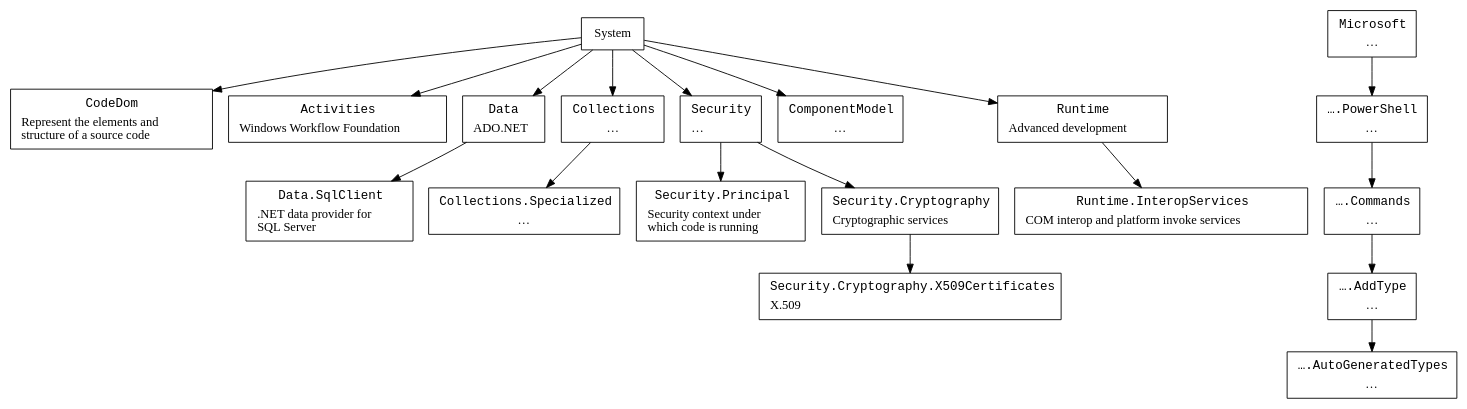
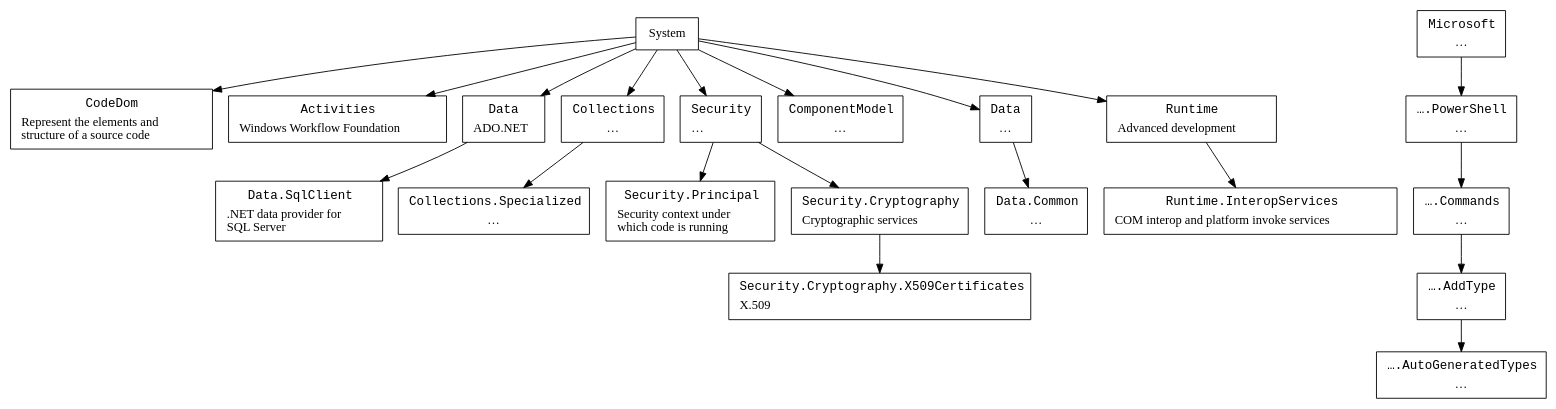
One commit to ReneNyffenegger/temp-dotNet changed the diagram in namespaces/namespace-hierarchy.dot. Above: the diagram before and after it, drawn with Graphviz. The commit also changed 6 other files, not shown here.

```diff
--- a/namespaces/namespace-hierarchy.dot
+++ b/namespaces/namespace-hierarchy.dot
@@ -1,68 +1,73 @@
 digraph hierarchy {
 
    node [ shape=box ]
 
    System [ label = "System" ];
    Microsoft        [ label=< <table border="0"><tr><td align="text"><font face="Courier">Microsoft</font></td></tr><tr><td>…<br align="left"/></td></tr></table> > ];
 
    CodeDom        [ label=< <table border="0"><tr><td align="text"><font face="Courier">CodeDom</font></td></tr><tr><td>Represent the elements and<br align="left"/>structure of a source code<br align="left"/></td></tr></table> > ];
    Activities     [ label=< <table border="0"><tr><td align="text"><font face="Courier">Activities</font></td></tr><tr><td>Windows Workflow Foundation<br align="left"/></td></tr></table> > ];
    Data           [ label=< <table border="0"><tr><td align="text"><font face="Courier">Data</font></td></tr><tr><td>ADO.NET</td></tr></table> > ];
    Collections    [ label=< <table border="0"><tr><td align="text"><font face="Courier">Collections</font></td></tr><tr><td>…</td></tr></table> > ];
    Collections_Specialized    [ label=< <table border="0"><tr><td align="text"><font face="Courier">Collections.Specialized</font></td></tr><tr><td>…</td></tr></table> > ];
    Data_SqlClient [ label=< <table border="0"><tr><td align="text"><font face="Courier">Data.SqlClient</font></td></tr><tr><td align="text">.NET data provider for<br align="left"/>SQL Server<br align="left"/></td></tr></table> > ];
    Security       [ label=< <table border="0"><tr><td align="text"><font face="Courier">Security</font></td></tr><tr><td align="text">…<br align="left"/></td></tr></table> > ];
    Security_Principal  [ label=< <table border="0"><tr><td align="text"><font face="Courier">Security.Principal</font></td></tr><tr><td align="text">Security context under<br align="left"/>which code is running<br align="left"/></td></tr></table> > ];
    Security_Cryptography  [ label=< <table border="0"><tr><td align="text"><font face="Courier">Security.Cryptography</font></td></tr><tr><td align="text">Cryptographic services<br align="left"/></td></tr></table> > ];
    Security_Cryptography_X509Certificates  [ label=< <table border="0"><tr><td align="text"><font face="Courier">Security.Cryptography.X509Certificates</font></td></tr><tr><td align="text">X.509<br align="left"/></td></tr></table> > ];
    System_ComponentModel [ label=< <table border="0"><tr><td align="text"><font face="Courier">ComponentModel</font></td></tr><tr><td>…</td></tr></table> > ];
+
+   System_Data [ label=< <table border="0"><tr><td align="text"><font face="Courier">Data</font></td></tr><tr><td>…</td></tr></table> > ];
+   System_Data_Common [ label=< <table border="0"><tr><td align="text"><font face="Courier">Data.Common</font></td></tr><tr><td>…</td></tr></table> > ];
    
 
    Runtime [ label=< <table border="0">
                              <tr><td align="text"><font face="Courier">Runtime</font></td></tr>
                              <tr><td>Advanced development</td></tr></table> > ];
 
    Runtime_Interop [ label=< <table border="0">
                              <tr><td align="text"><font face="Courier">Runtime.InteropServices</font></td></tr>
                              <tr><td>COM interop and platform invoke services</td></tr></table> > ];
 
 
    Microsoft_PowerShell [ label=< <table border="0">
                              <tr><td align="text"><font face="Courier">….PowerShell</font></td></tr>
                              <tr><td>…</td></tr></table> > ];
 
    Microsoft_PowerShell_Commands [ label=< <table border="0">
                              <tr><td align="text"><font face="Courier">….Commands</font></td></tr>
                              <tr><td>…</td></tr></table> > ];
 
    Microsoft_PowerShell_Commands_AddType [ label=< <table border="0">
                              <tr><td align="text"><font face="Courier">….AddType</font></td></tr>
                              <tr><td>…</td></tr></table> > ];
 
    Microsoft_PowerShell_Commands_AddType_AutoGeneratedTypes [ label=< <table border="0">
                              <tr><td align="text"><font face="Courier">….AutoGeneratedTypes</font></td></tr>
                              <tr><td>…</td></tr></table> > ];
 
    System -> CodeDom;
+   System -> System_Data;
+   System_Data -> System_Data_Common;
    System -> Activities;
    System -> Data;
    System -> Collections;
    System -> Security;
    System -> System_ComponentModel;
    System -> Runtime;
    Runtime -> Runtime_Interop;
    Security -> Security_Principal;
    Security -> Security_Cryptography;
    Security_Cryptography->Security_Cryptography_X509Certificates;
 
 
    Data -> Data_SqlClient;
 
    Collections -> Collections_Specialized;
 
    Microsoft -> Microsoft_PowerShell;
    Microsoft_PowerShell-> Microsoft_PowerShell_Commands;
    Microsoft_PowerShell_Commands -> Microsoft_PowerShell_Commands_AddType;
    Microsoft_PowerShell_Commands_AddType -> Microsoft_PowerShell_Commands_AddType_AutoGeneratedTypes
 
 }
```
